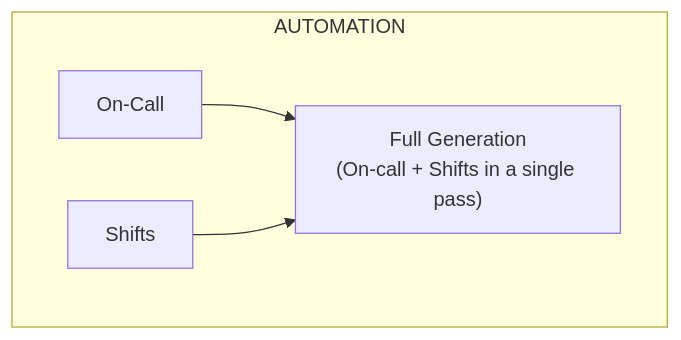
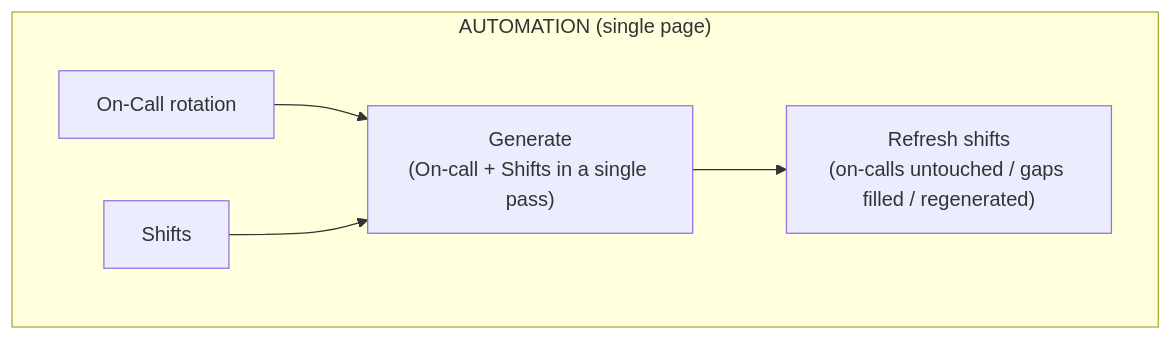
Before and after one commit to FoxOps/kairos: the diagram in Docs/guides/ADMIN_GUIDE.md, drawn with Mermaid. The commit also changed other lines of this file and 8 other files, not shown here.

````diff
--- a/Docs/guides/ADMIN_GUIDE.md
+++ b/Docs/guides/ADMIN_GUIDE.md
@@ -460,11 +482,13 @@
 ```mermaid
 graph TB
-    subgraph Automation["AUTOMATION"]
-        OnCall["On-Call"]
+    subgraph Automation["AUTOMATION (single page)"]
+        OnCall["On-Call rotation"]
         Shifts["Shifts"]
-        Full["Full Generation<br/>(On-call + Shifts in a single pass)"]
+        Full["Generate<br/>(On-call + Shifts in a single pass)"]
+        Refresh["Refresh shifts<br/>(on-calls untouched / gaps filled / regenerated)"]
 
         OnCall --> Full
         Shifts --> Full
+        Full --> Refresh
     end
 ```
````
